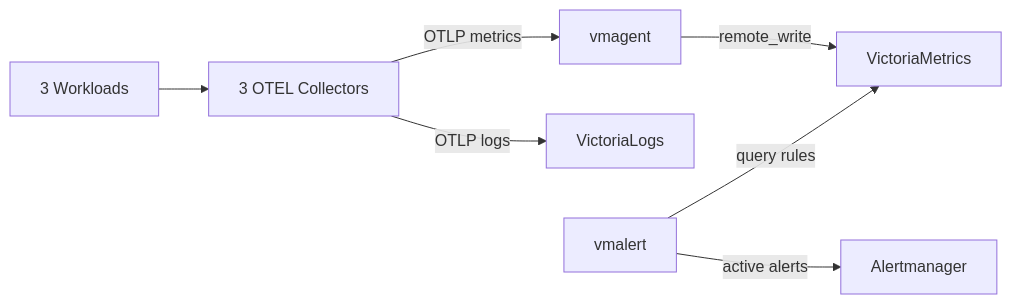
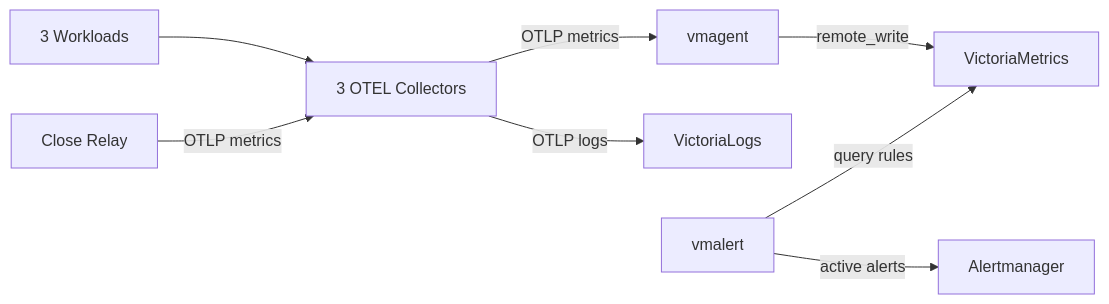
The first of 2 diagrams in README.md (goodtune/metrics-playground), drawn with Mermaid before and after one commit. The commit also changed other lines of this file, not shown here.

Commit message:
docs: add close relay to architecture diagrams

````diff
--- a/README.md
+++ b/README.md
@@ -18,8 +18,9 @@
 ```mermaid
 flowchart LR
   W[3 Workloads] --> C[3 OTEL Collectors]
   C -->|OTLP metrics| VA[vmagent] -->|remote_write| VM[VictoriaMetrics]
   C -->|OTLP logs| VL[VictoriaLogs]
   VAL[vmalert] -->|query rules| VM
   VAL -->|active alerts| AM[Alertmanager]
+  CR[Close Relay] -->|OTLP metrics| C
 ```
````
